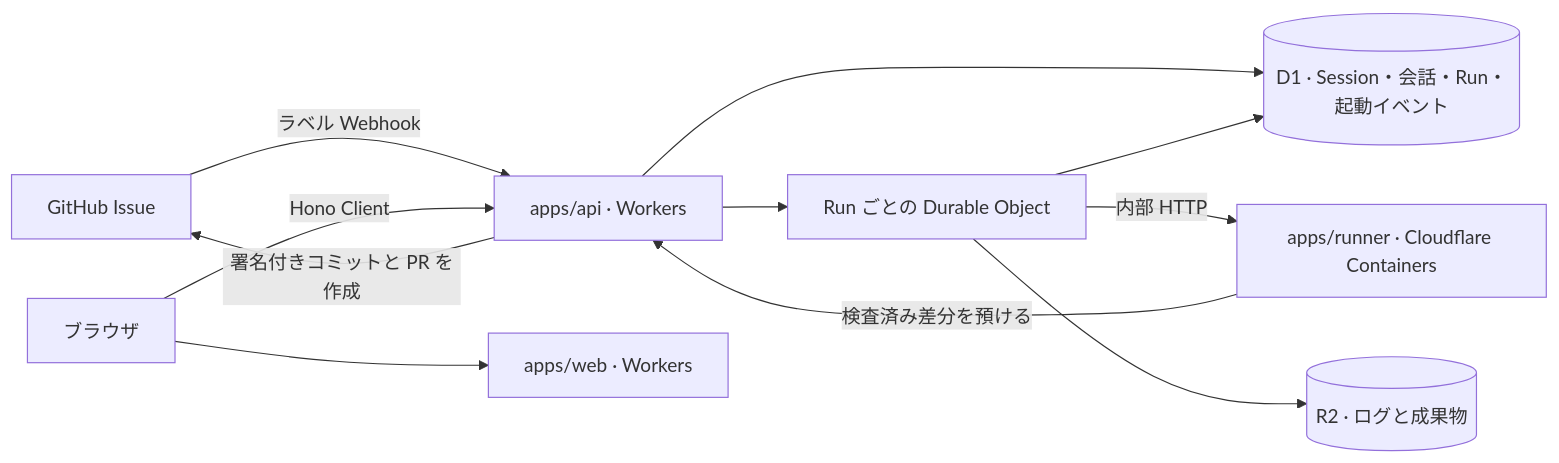
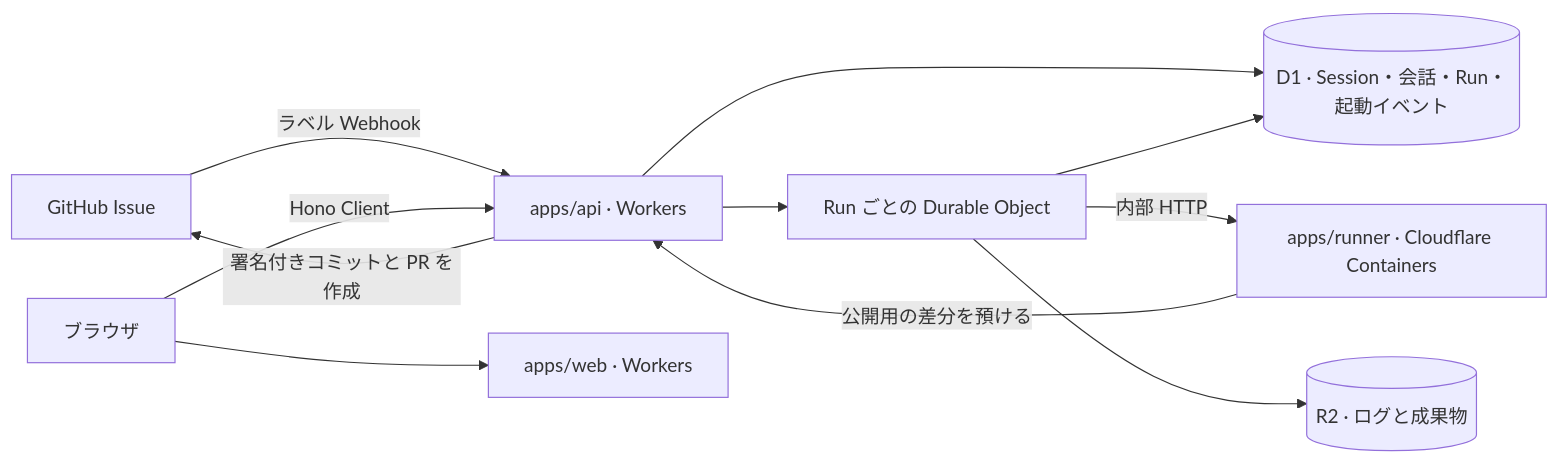
The first of 2 diagrams in docs/design.md (suzuki3jp/tailos), drawn with Mermaid before and after one commit. The commit also changed other lines of this file and 9 other files, not shown here.

````diff
--- a/docs/design.md
+++ b/docs/design.md
@@ -22,13 +22,13 @@
 ```mermaid
 flowchart LR
     GitHub[GitHub Issue] -->|ラベル Webhook| API[apps/api · Workers]
     Browser[ブラウザ] --> Web[apps/web · Workers]
     Browser -->|Hono Client| API
     API --> D1[(D1 · Session・会話・Run・起動イベント)]
     API --> DO[Run ごとの Durable Object]
     DO -->|内部 HTTP| Runner[apps/runner · Cloudflare Containers]
     DO --> D1
     DO --> R2[(R2 · ログと成果物)]
-    Runner -->|検査済み差分を預ける| API
+    Runner -->|公開用の差分を預ける| API
     API -->|署名付きコミットと PR を作成| GitHub
 ```
````
